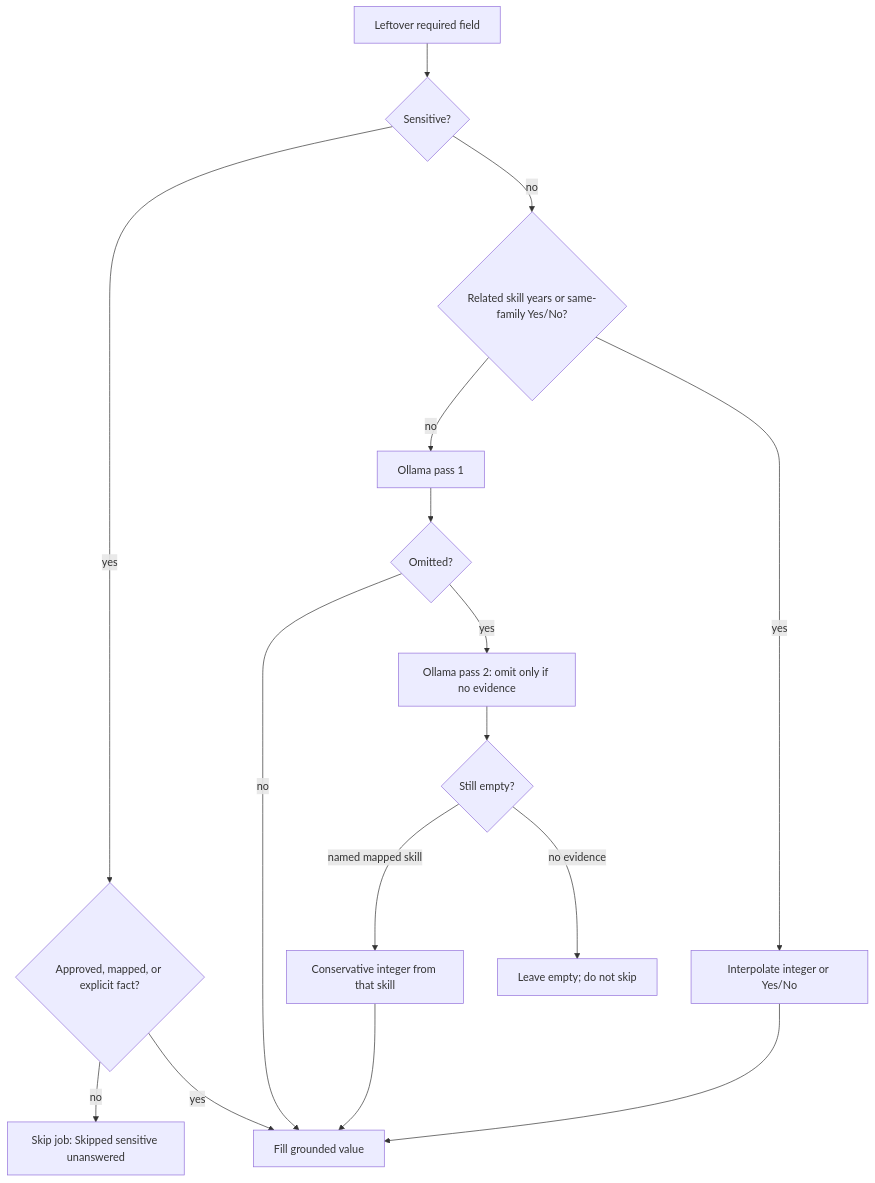
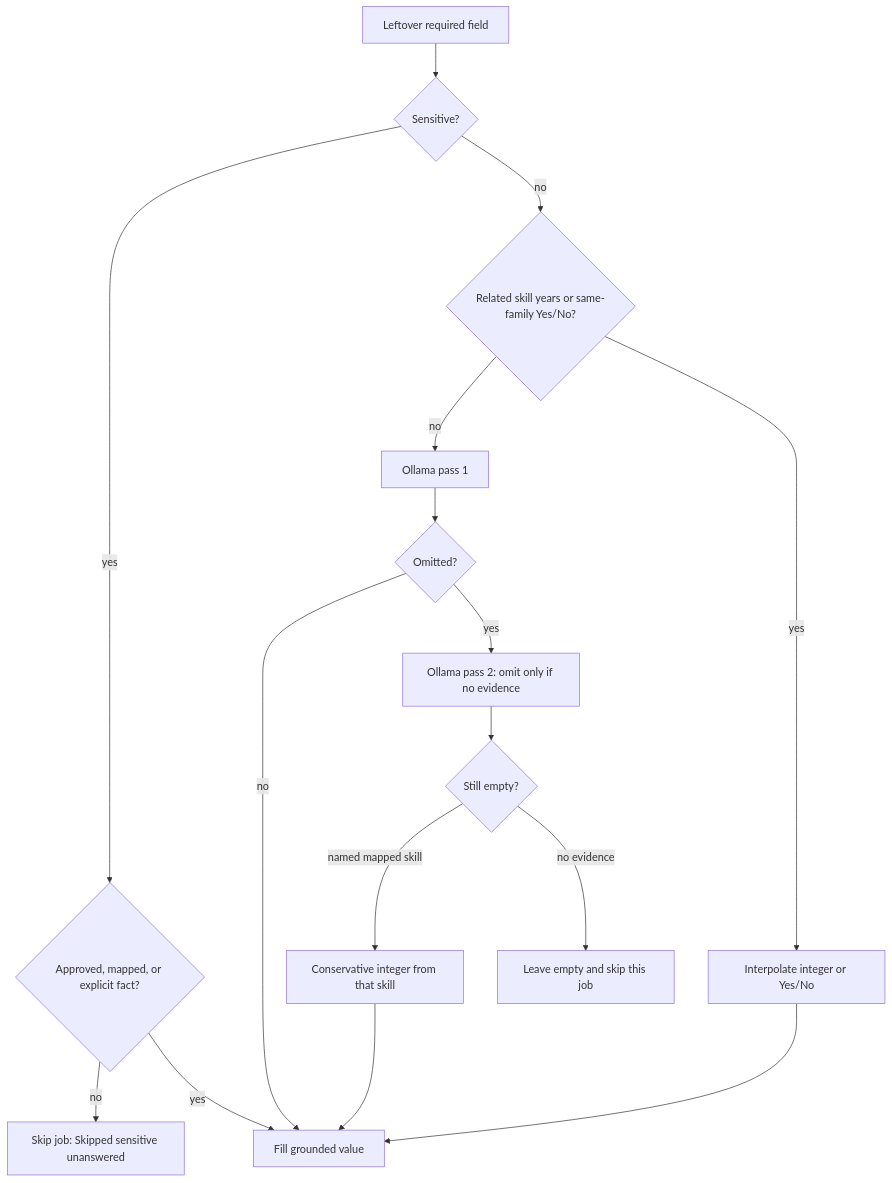
The second of 11 diagrams in docs/llm.md (TapiwaChikwenya/linkedin-application-bot), drawn with Mermaid before and after one commit. The commit also changed other lines of this file and 47 other files, not shown here.

````diff
--- a/docs/llm.md
+++ b/docs/llm.md
@@ -147,18 +152,18 @@
 ```mermaid
 flowchart TD
   A[Leftover required field] --> B{Sensitive?}
   B -->|yes| C{Approved, mapped, or explicit fact?}
   C -->|no| D[Skip job: Skipped sensitive unanswered]
   C -->|yes| E[Fill grounded value]
   B -->|no| F{Related skill years or same-family Yes/No?}
   F -->|yes| G[Interpolate integer or Yes/No]
   F -->|no| H[Ollama pass 1]
   H --> I{Omitted?}
   I -->|yes| J[Ollama pass 2: omit only if no evidence]
   I -->|no| E
   J --> K{Still empty?}
   K -->|named mapped skill| L[Conservative integer from that skill]
-  K -->|no evidence| M[Leave empty; do not skip]
+  K -->|no evidence| M[Leave empty and skip this job]
   L --> E
   G --> E
 ```
````
